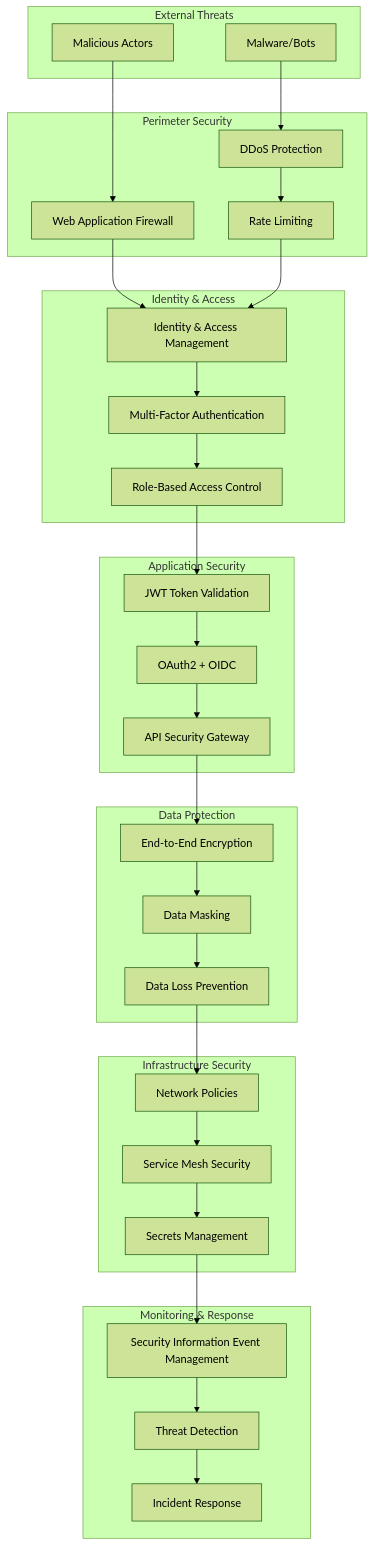
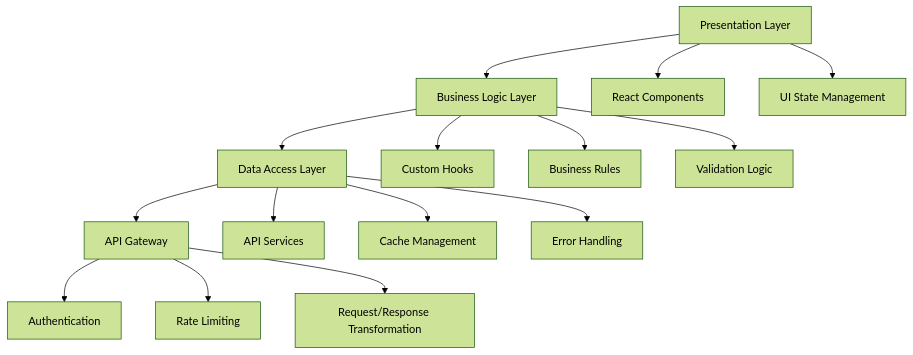
One commit to SuperadminBlitzy/Chat-Test-V2 changed the first of 3 diagrams in README.md. Above: the diagram before and after it, drawn with Mermaid (forest theme). The commit also changed other lines of this file and 24 other files, not shown here.

````diff
--- a/README.md
+++ b/README.md
@@ -2019,69 +114,21 @@
 ```mermaid
 graph TB
-    subgraph "External Threats"
-        ATTACKER[Malicious Actors]
-        MALWARE[Malware/Bots]
-    end
+    A[Presentation Layer] --> B[Business Logic Layer]
+    B --> C[Data Access Layer]
+    C --> D[API Gateway]
     
-    subgraph "Perimeter Security"
-        WAF[Web Application Firewall]
-        DDoS[DDoS Protection]
-        RATE_LIMIT[Rate Limiting]
-    end
+    A --> E[React Components]
+    A --> F[UI State Management]
     
-    subgraph "Identity & Access"
-        IAM[Identity & Access Management]
-        MFA[Multi-Factor Authentication]
-        RBAC[Role-Based Access Control]
-    end
+    B --> G[Custom Hooks]
+    B --> H[Business Rules]
+    B --> I[Validation Logic]
     
-    subgraph "Application Security"
-        JWT[JWT Token Validation]
-        OAUTH[OAuth2 + OIDC]
-        API_SECURITY[API Security Gateway]
-    end
+    C --> J[API Services]
+    C --> K[Cache Management]
+    C --> L[Error Handling]
     
-    subgraph "Data Protection"
-        ENCRYPTION[End-to-End Encryption]
-        MASKING[Data Masking]
-        DLP[Data Loss Prevention]
-    end
-    
-    subgraph "Infrastructure Security"
-        NETWORK_POLICIES[Network Policies]
-        SERVICE_MESH[Service Mesh Security]
-        SECRETS[Secrets Management]
-    end
-    
-    subgraph "Monitoring & Response"
-        SIEM[Security Information Event Management]
-        THREAT_DETECTION[Threat Detection]
-        INCIDENT_RESPONSE[Incident Response]
-    end
-    
-    ATTACKER --> WAF
-    MALWARE --> DDoS
-    
-    WAF --> IAM
-    DDoS --> RATE_LIMIT
-    RATE_LIMIT --> IAM
-    
-    IAM --> MFA
-    MFA --> RBAC
-    RBAC --> JWT
-    
-    JWT --> OAUTH
-    OAUTH --> API_SECURITY
-    API_SECURITY --> ENCRYPTION
-    
-    ENCRYPTION --> MASKING
-    MASKING --> DLP
-    DLP --> NETWORK_POLICIES
-    
-    NETWORK_POLICIES --> SERVICE_MESH
-    SERVICE_MESH --> SECRETS
-    SECRETS --> SIEM
-    
-    SIEM --> THREAT_DETECTION
-    THREAT_DETECTION --> INCIDENT_RESPONSE
+    D --> M[Authentication]
+    D --> N[Rate Limiting]
+    D --> O[Request/Response Transformation]
 ```
````
